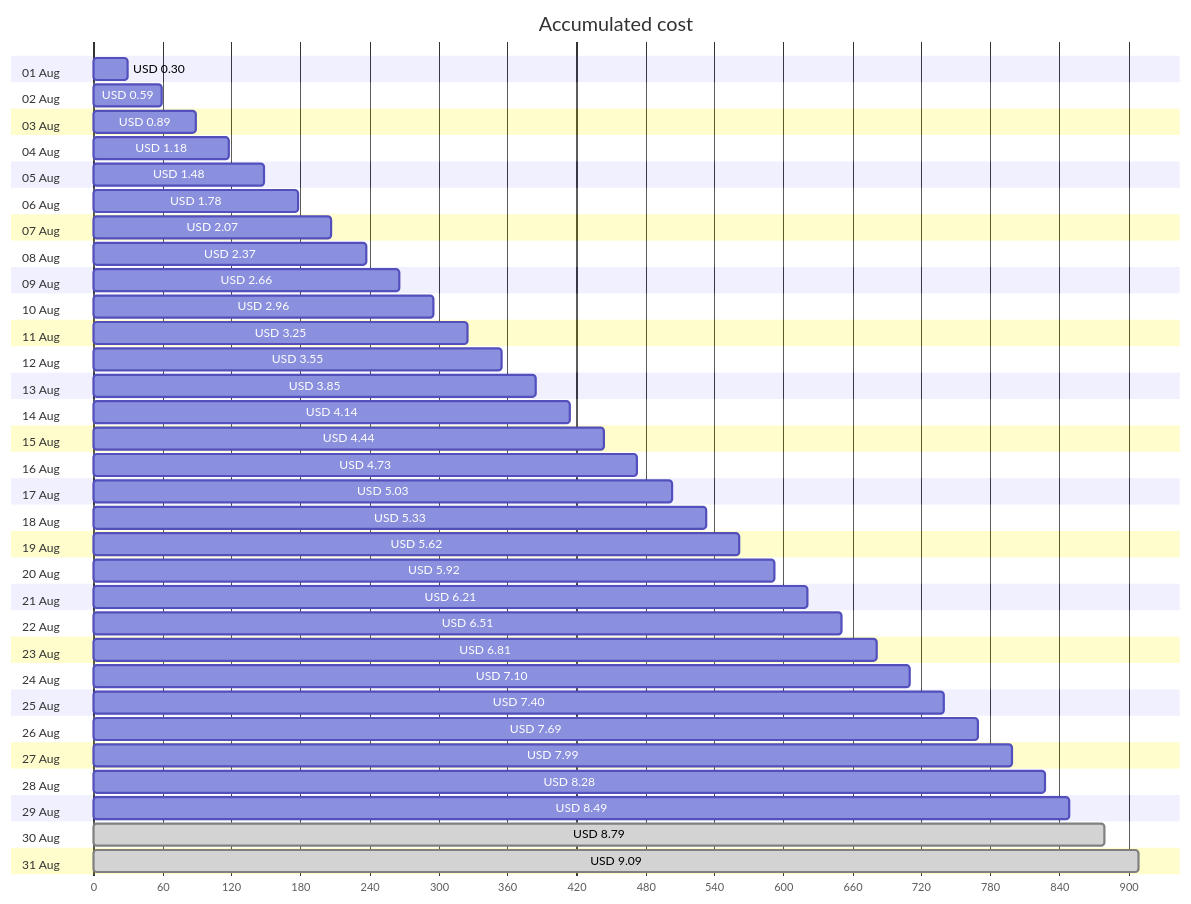
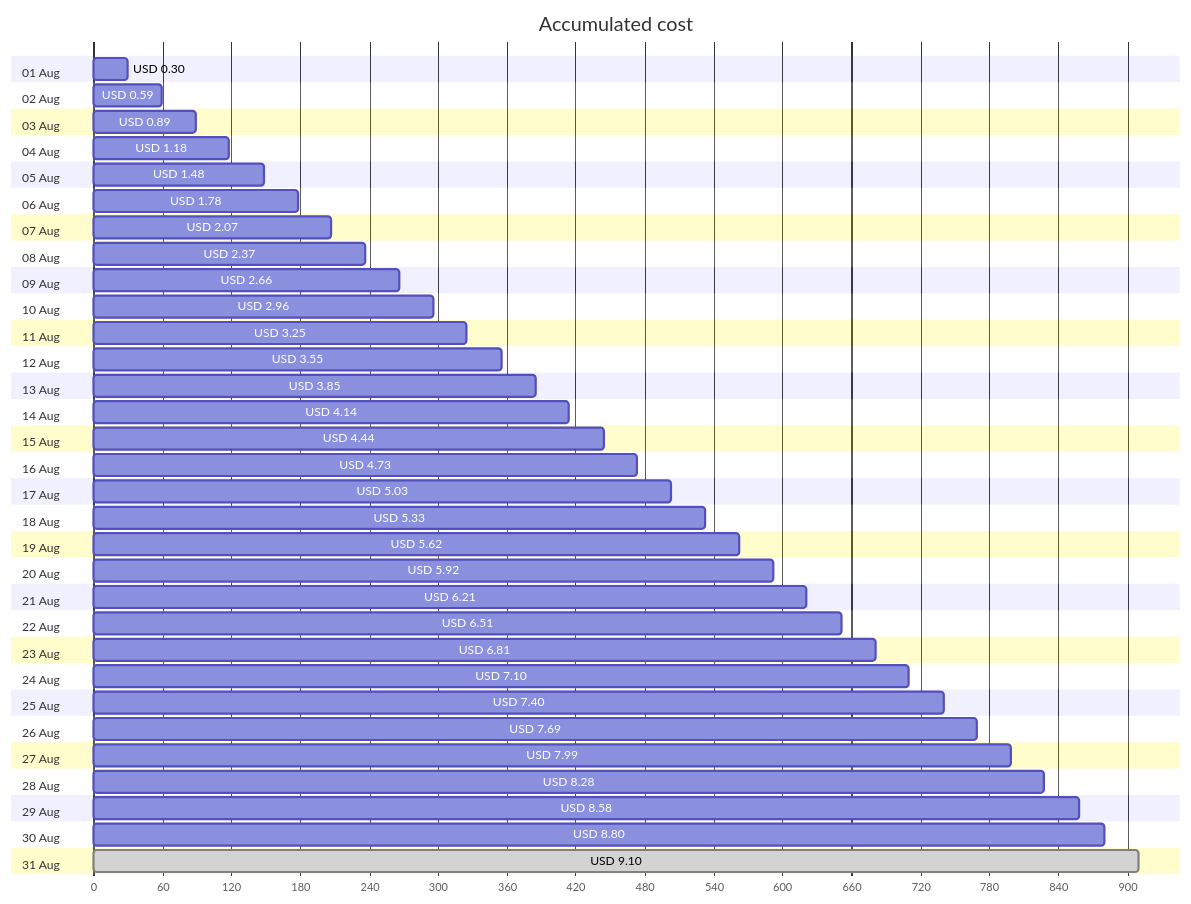
The first of 4 diagrams in cost-reports/personal-site/personal-site-preview.md (jpfulton/azure-personal-reports), drawn with Mermaid before and after one commit. The commit also changed other lines of this file and 6 other files, not shown here.

````diff
--- a/cost-reports/personal-site/personal-site-preview.md
+++ b/cost-reports/personal-site/personal-site-preview.md
@@ -20,68 +20,68 @@
 ```mermaid
 gantt
    title Accumulated cost
    dateFormat  X
    axisFormat %s
    section 01 Aug
    USD 0.30 :0, 30
    section 02 Aug
    USD 0.59 :0, 59
    section 03 Aug
    USD 0.89 :0, 89
    section 04 Aug
    USD 1.18 :0, 118
    section 05 Aug
    USD 1.48 :0, 148
    section 06 Aug
    USD 1.78 :0, 178
    section 07 Aug
    USD 2.07 :0, 207
    section 08 Aug
    USD 2.37 :0, 237
    section 09 Aug
    USD 2.66 :0, 266
    section 10 Aug
    USD 2.96 :0, 296
    section 11 Aug
    USD 3.25 :0, 325
    section 12 Aug
    USD 3.55 :0, 355
    section 13 Aug
    USD 3.85 :0, 385
    section 14 Aug
    USD 4.14 :0, 414
    section 15 Aug
    USD 4.44 :0, 444
    section 16 Aug
    USD 4.73 :0, 473
    section 17 Aug
    USD 5.03 :0, 503
    section 18 Aug
    USD 5.33 :0, 533
    section 19 Aug
    USD 5.62 :0, 562
    section 20 Aug
    USD 5.92 :0, 592
    section 21 Aug
    USD 6.21 :0, 621
    section 22 Aug
    USD 6.51 :0, 651
    section 23 Aug
    USD 6.81 :0, 681
    section 24 Aug
    USD 7.10 :0, 710
    section 25 Aug
    USD 7.40 :0, 740
    section 26 Aug
    USD 7.69 :0, 769
    section 27 Aug
    USD 7.99 :0, 799
    section 28 Aug
    USD 8.28 :0, 828
    section 29 Aug
-   USD 8.49 :0, 849
+   USD 8.58 :0, 858
    section 30 Aug
-   USD 8.79 : done, 0, 879
+   USD 8.80 :0, 880
    section 31 Aug
-   USD 9.09 : done, 0, 909
+   USD 9.10 : done, 0, 910
 ```
````
